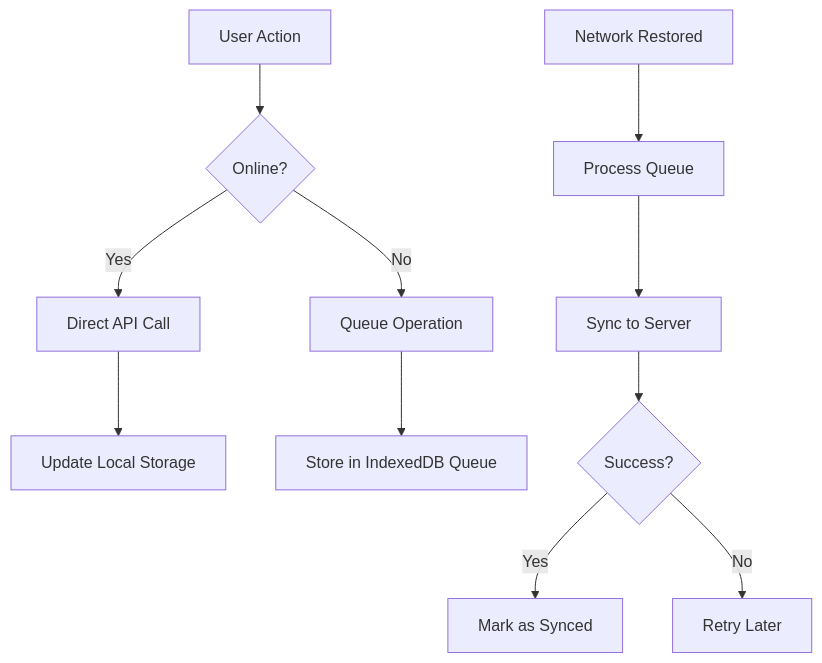
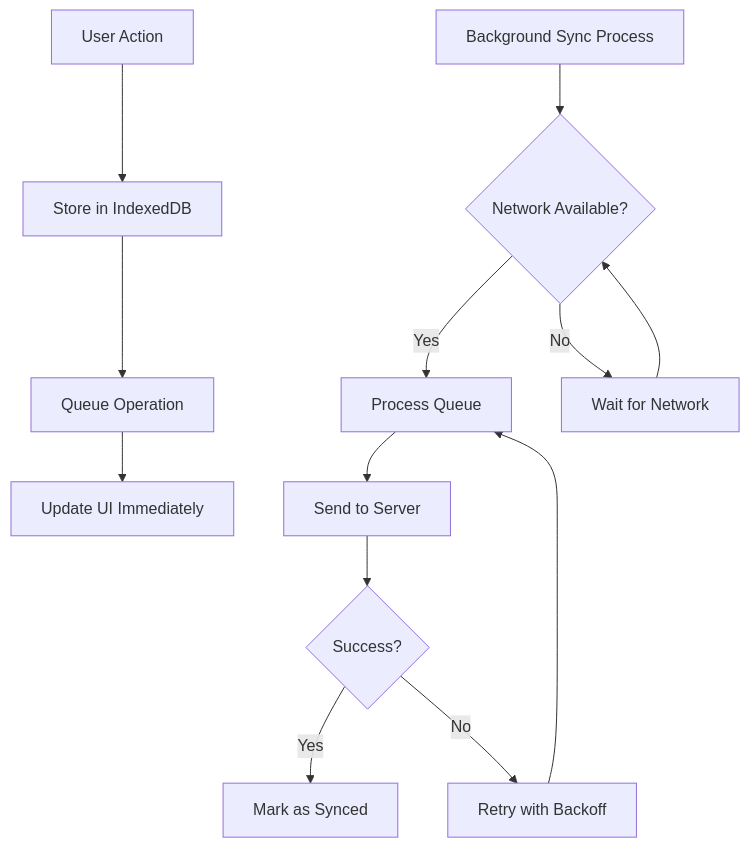
One commit to MROSAZ/sadiid-offline-pos changed the first of 2 diagrams in README.md. Above: the diagram before and after it, drawn with Mermaid. The commit also changed other lines of this file and 12 other files, not shown here.

````diff
--- a/README.md
+++ b/README.md
@@ -271,13 +281,15 @@
 ```mermaid
 graph TD
-    A[User Action] --> B{Online?}
-    B -->|Yes| C[Direct API Call]
-    B -->|No| D[Queue Operation]
-    C --> E[Update Local Storage]
-    D --> F[Store in IndexedDB Queue]
-    G[Network Restored] --> H[Process Queue]
-    H --> I[Sync to Server]
+    A[User Action] --> B[Store in IndexedDB]
+    B --> C[Queue Operation]
+    C --> D[Update UI Immediately]
+    E[Background Sync Process] --> F{Network Available?}
+    F -->|Yes| G[Process Queue]
+    F -->|No| H[Wait for Network]
+    G --> I[Send to Server]
     I --> J{Success?}
     J -->|Yes| K[Mark as Synced]
-    J -->|No| L[Retry Later]
+    J -->|No| L[Retry with Backoff]
+    H --> F
+    L --> G
 ```
````
